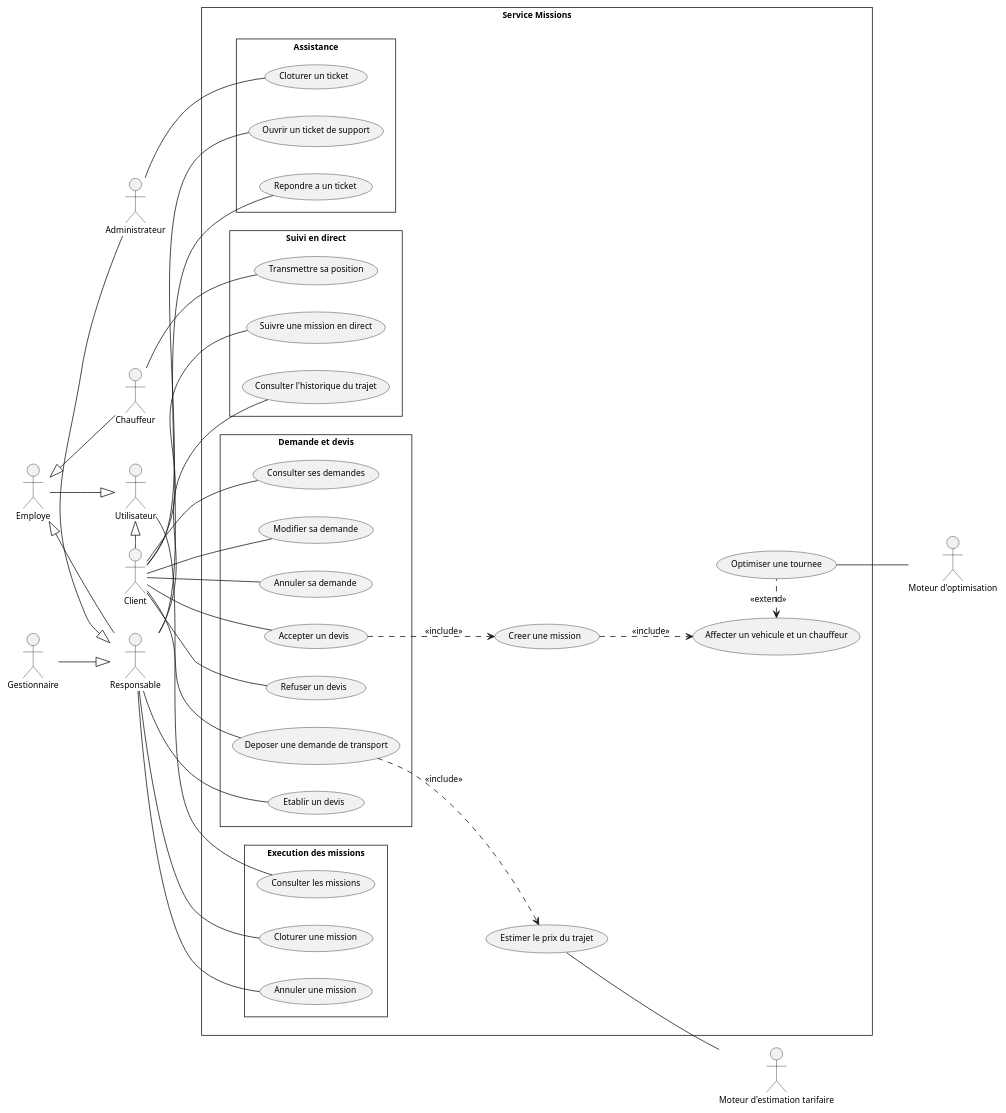
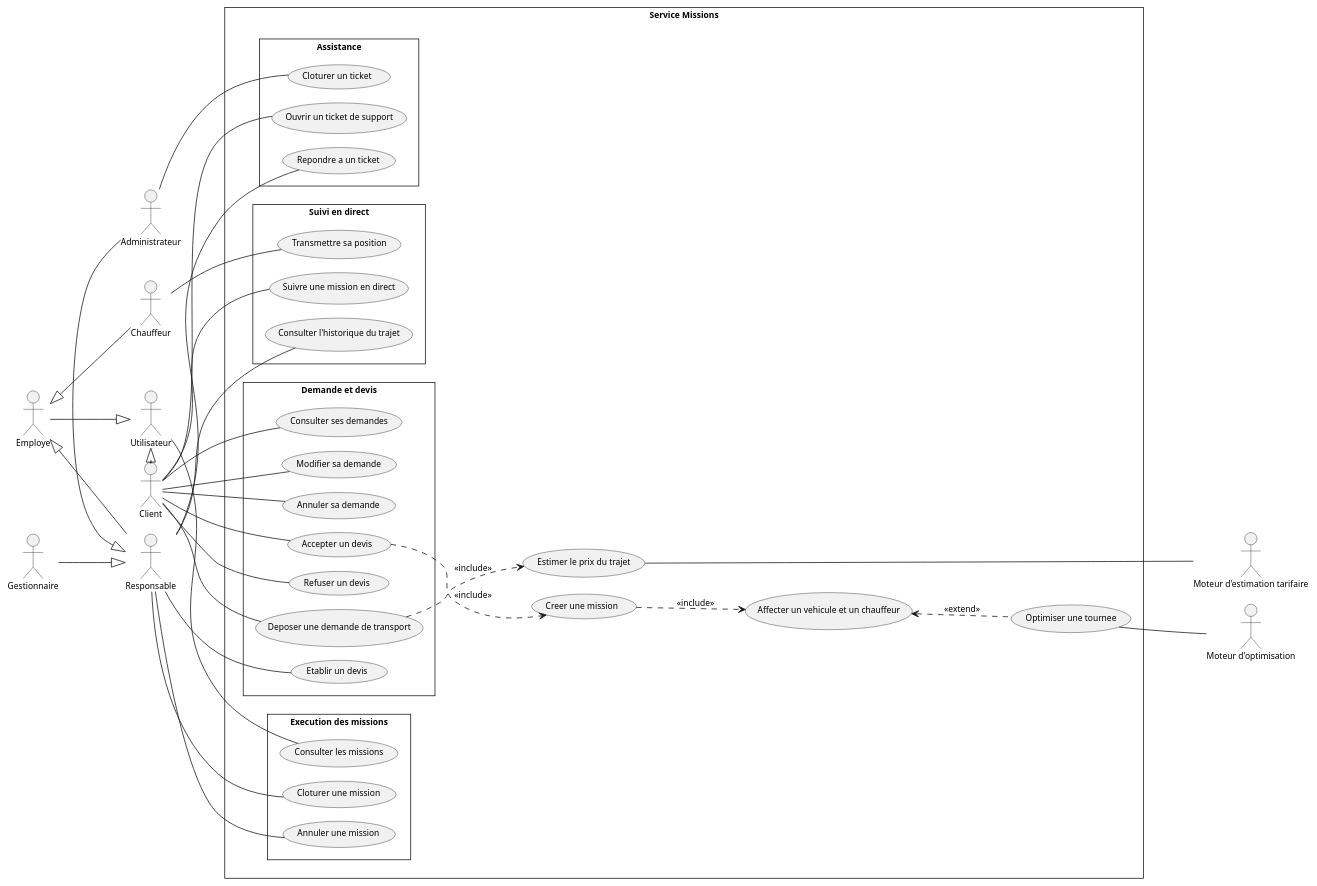
The diagram in docs/diagrams/microservices/Mission/Mission-usecase.puml (saber-barhoumi/Xpark-gmao), drawn with PlantUML before and after one commit. The commit also changed 15 other files, not shown here.

First line of the commit message:
docs(uml): cas d'utilisation au format paysage, acteurs secondaires a droite

```diff
--- a/docs/diagrams/microservices/Mission/Mission-usecase.puml
+++ b/docs/diagrams/microservices/Mission/Mission-usecase.puml
@@ -1,91 +1,96 @@
 @startuml
 skinparam style strictuml
 skinparam packageStyle rectangle
 skinparam shadowing false
 skinparam defaultFontName Verdana
 skinparam defaultFontSize 11
 skinparam backgroundColor #FFFFFF
+skinparam nodesep 18
+skinparam ranksep 80
 left to right direction
 
 ' Acteurs, alignes a gauche : les porteurs d'associations sont
 ' accoles a la frontiere, les acteurs structurels a leur gauche
 actor "Utilisateur" as Utilisateur
 actor "Employe" as Employe
 actor "Responsable" as Responsable
 actor "Administrateur" as Administrateur
 actor "Gestionnaire" as Gestionnaire
 actor "Chauffeur" as Chauffeur
 actor "Client" as Client
 
 ' Generalisation : triangle creux, de l'enfant vers le parent
 Employe -down-|> Utilisateur
 Client -left-|> Utilisateur
 Responsable -up-|> Employe
 Administrateur -left-|> Responsable
 Gestionnaire -down-|> Responsable
 Chauffeur -up-|> Employe
 
 rectangle "Service Missions" {
   package "Demande et devis" {
     usecase "Etablir un devis" as UC_Etablir_un_devis
     usecase "Deposer une demande de transport" as UC_Deposer_une_demande_de_transport
     usecase "Consulter ses demandes" as UC_Consulter_ses_demandes
     usecase "Modifier sa demande" as UC_Modifier_sa_demande
     usecase "Annuler sa demande" as UC_Annuler_sa_demande
     usecase "Accepter un devis" as UC_Accepter_un_devis
     usecase "Refuser un devis" as UC_Refuser_un_devis
   }
   package "Execution des missions" {
     usecase "Consulter les missions" as UC_Consulter_les_missions
     usecase "Cloturer une mission" as UC_Cloturer_une_mission
     usecase "Annuler une mission" as UC_Annuler_une_mission
   }
   package "Suivi en direct" {
     usecase "Consulter l'historique du trajet" as UC_Consulter_l_historique_du_trajet
     usecase "Transmettre sa position" as UC_Transmettre_sa_position
     usecase "Suivre une mission en direct" as UC_Suivre_une_mission_en_direct
   }
   package "Assistance" {
     usecase "Repondre a un ticket" as UC_Repondre_a_un_ticket
     usecase "Cloturer un ticket" as UC_Cloturer_un_ticket
     usecase "Ouvrir un ticket de support" as UC_Ouvrir_un_ticket_de_support
   }
   usecase "Creer une mission" as UC_Creer_une_mission
   usecase "Affecter un vehicule et un chauffeur" as UC_Affecter_un_vehicule_et_un_chauffe
   usecase "Optimiser une tournee" as UC_Optimiser_une_tournee
   usecase "Estimer le prix du trajet" as UC_Estimer_le_prix_du_trajet
 }
 
 ' Acteurs secondaires, a droite, hors de la frontiere
 actor "Moteur d'estimation tarifaire" as Estimateur
 actor "Moteur d'optimisation" as Optimiseur
 
 ' Associations : trait continu sans fleche (relation d'association)
 Utilisateur -- UC_Consulter_les_missions
 Responsable -- UC_Etablir_un_devis
 Responsable -- UC_Cloturer_une_mission
 Responsable -- UC_Annuler_une_mission
 Responsable -- UC_Consulter_l_historique_du_trajet
 Responsable -- UC_Repondre_a_un_ticket
 Administrateur -- UC_Cloturer_un_ticket
 Chauffeur -- UC_Transmettre_sa_position
 Client -- UC_Deposer_une_demande_de_transport
 Client -- UC_Consulter_ses_demandes
 Client -- UC_Modifier_sa_demande
 Client -- UC_Annuler_sa_demande
 Client -- UC_Accepter_un_devis
 Client -- UC_Refuser_un_devis
 Client -- UC_Suivre_une_mission_en_direct
 Client -- UC_Ouvrir_un_ticket_de_support
 
 UC_Estimer_le_prix_du_trajet -down- Estimateur
 UC_Optimiser_une_tournee -down- Optimiseur
+UC_Optimiser_une_tournee -[hidden]down- Estimateur
+UC_Optimiser_une_tournee -[hidden]down- Optimiseur
+Estimateur -[hidden]right- Optimiseur
 
 ' << include >> : du cas de base vers le cas obligatoire
 UC_Deposer_une_demande_de_transport ..> UC_Estimer_le_prix_du_trajet : << include >>
 UC_Accepter_un_devis ..> UC_Creer_une_mission : << include >>
 UC_Creer_une_mission ..> UC_Affecter_un_vehicule_et_un_chauffe : << include >>
-' << extend >> : du cas optionnel vers le cas de base
-UC_Optimiser_une_tournee .left.> UC_Affecter_un_vehicule_et_un_chauffe : << extend >>
+' << extend >> : la pointe designe le cas de base
+UC_Affecter_un_vehicule_et_un_chauffe <.. UC_Optimiser_une_tournee : << extend >>
 
 @enduml
```
